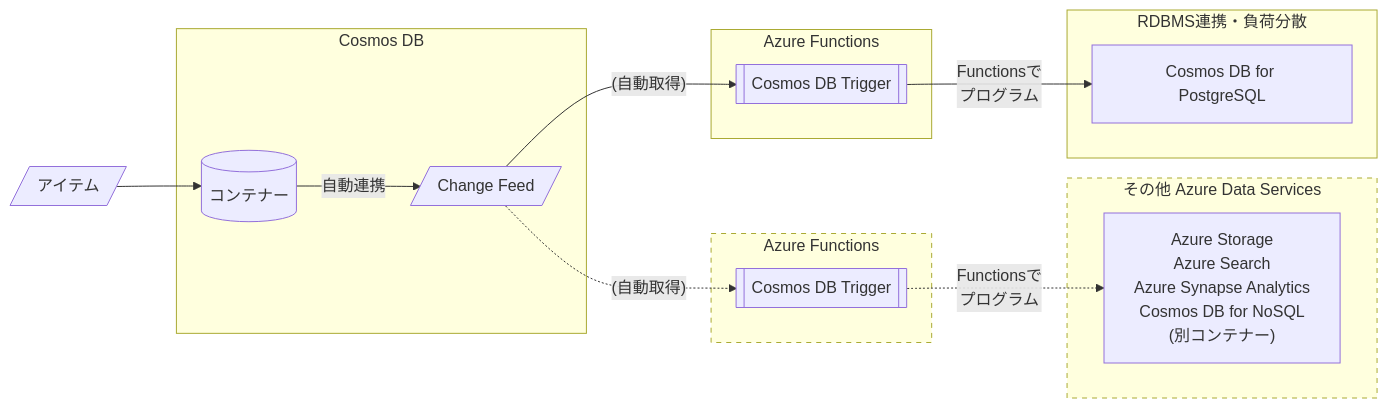
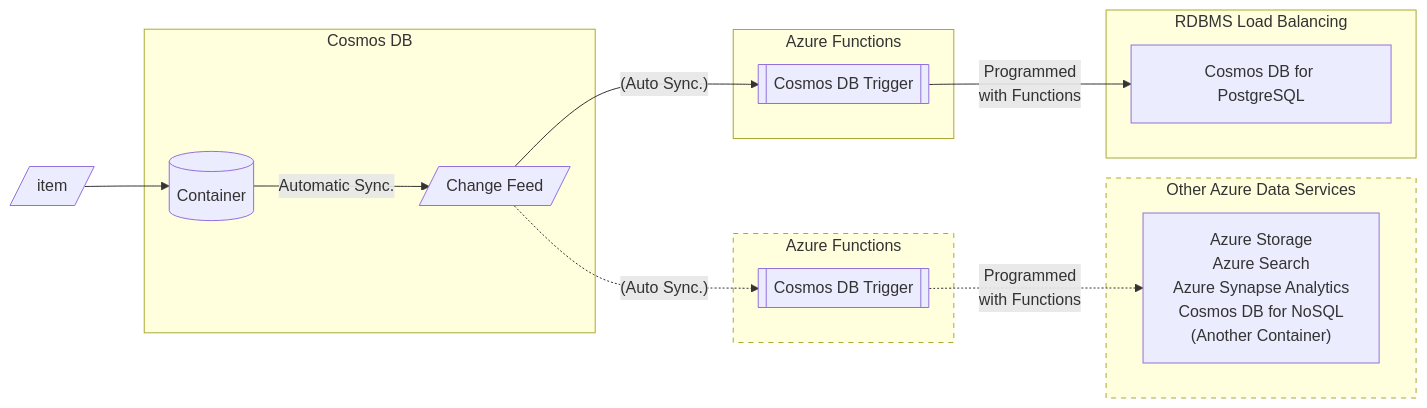
Before and after one commit to tahayaka-microsoft/CosmosDB-ChangeFeed-Functions: the third of 5 diagrams in en/00_CosmosDB_Essential.md, drawn with Mermaid. The commit also changed other lines of this file, not shown here.

````diff
--- a/en/00_CosmosDB_Essential.md
+++ b/en/00_CosmosDB_Essential.md
@@ -380,34 +380,34 @@
 ```mermaid
 graph LR
-    1[/"アイテム"/]
+    1[/"item"/]
     1-->A
     subgraph Cosmos DB
-        A[(コンテナー)]
+        A[("Container")]
         D[/Change Feed/]
-        A--自動連携-->D 
+        A--"Automatic Sync."-->D 
     end
     subgraph af1[Azure Functions]
         B[["Cosmos DB Trigger"]] 
     end
     subgraph af2[Azure Functions]
         F[["Cosmos DB Trigger"]] 
     end
-    subgraph ss2["その他 Azure Data Services"]
+    subgraph ss2["Other Azure Data Services"]
         E["Azure Storage
         Azure Search
         Azure Synapse Analytics
         Cosmos DB for NoSQL
-        (別コンテナー)"] 
+        (Another Container)"] 
     end
-    subgraph ss1["RDBMS連携・負荷分散"]
+    subgraph ss1["RDBMS Load Balancing"]
         C["Cosmos DB for PostgreSQL"] 
     end
-    D --"(自動取得)"--> B
-    D -."(自動取得)".-> F
-    B --"Functionsで
-    プログラム"--> C
-    F -."Functionsで
-    プログラム".-> E
+    D --"(Auto Sync.)"--> B
+    D -."(Auto Sync.)".-> F
+    B --"Programmed 
+    with Functions"--> C
+    F -."Programmed 
+    with Functions".-> E
     style af2 stroke-dasharray: 5 5
     style ss2 stroke-dasharray: 5 5
 ```
````
